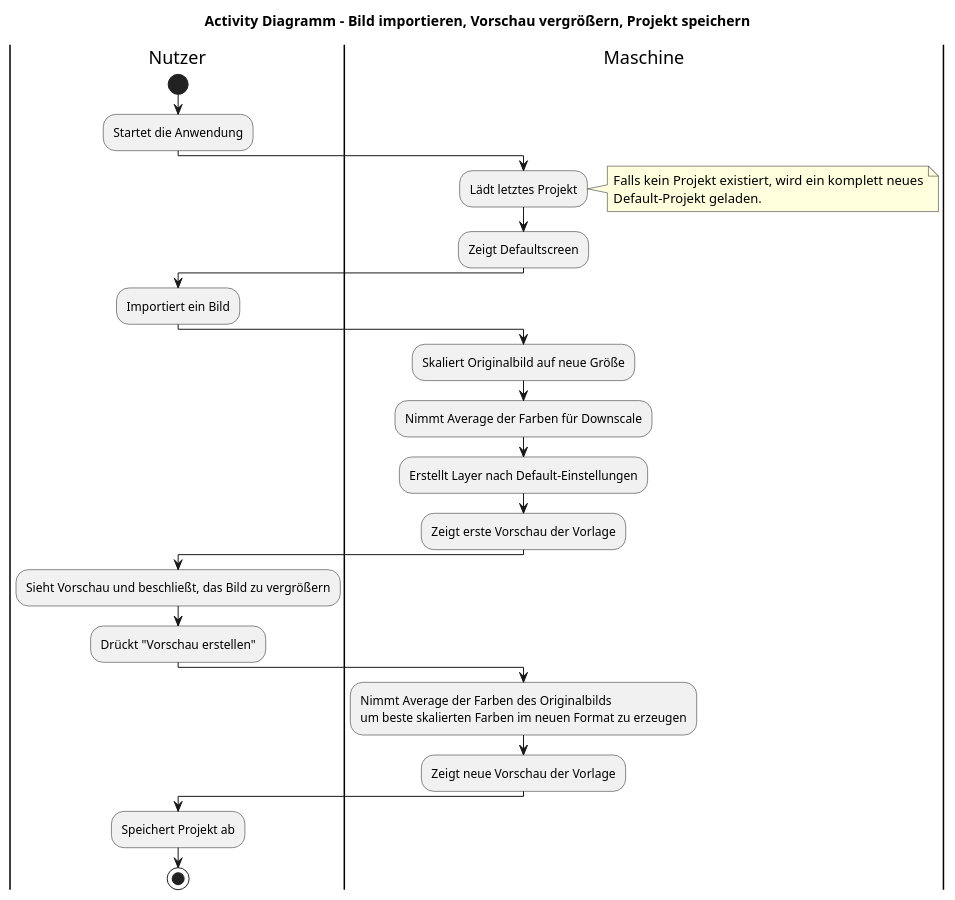
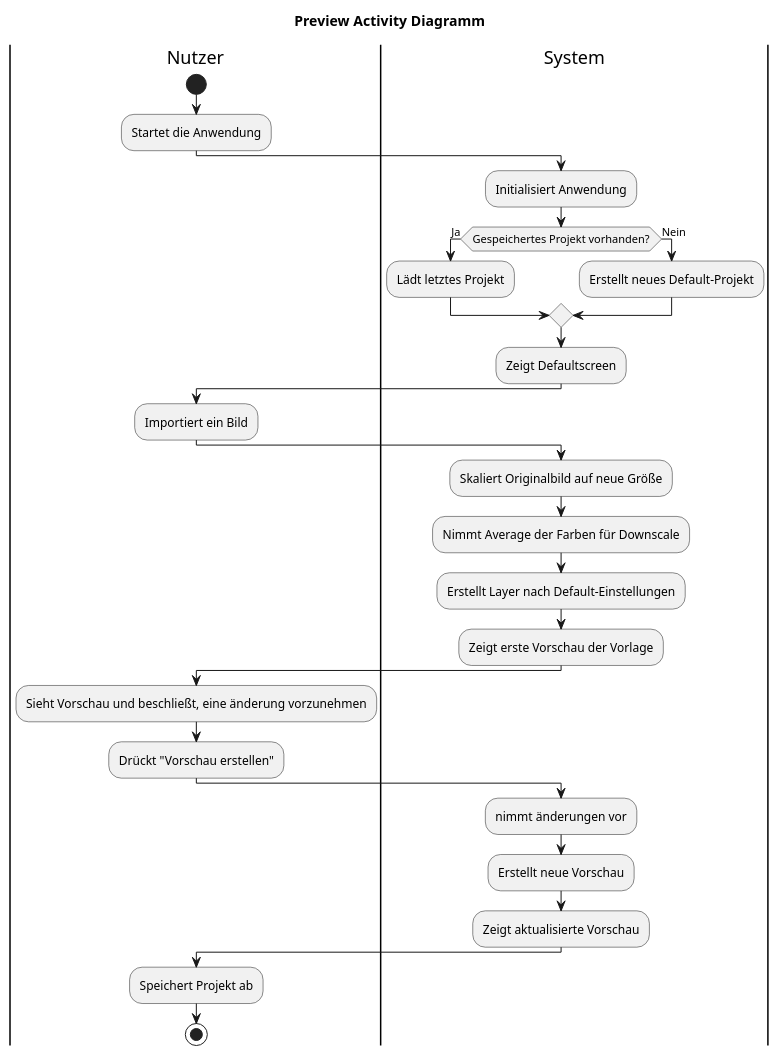
Before and after one commit to Karma-chocolate/SWE-Labor: the diagram in ActivityDiaLayerAnpassen.puml, drawn with PlantUML.

Commit message:
Update ActivityDiaLayerAnpassen.puml
fix

```diff
--- a/ActivityDiaLayerAnpassen.puml
+++ b/ActivityDiaLayerAnpassen.puml
@@ -1,38 +1,39 @@
 @startuml
-title Activity Diagramm – Bild importieren, Vorschau vergrößern, Projekt speichern
+title Preview Activity Diagramm
 
 |Nutzer|
 start
 :Startet die Anwendung;
 
-|Maschine|
-:Lädt letztes Projekt;
-note right
-Falls kein Projekt existiert, wird ein komplett neues
-Default-Projekt geladen.
-end note
+|System|
+:Initialisiert Anwendung;
+if (Gespeichertes Projekt vorhanden?) then (Ja)
+  :Lädt letztes Projekt;
+else (Nein)
+  :Erstellt neues Default-Projekt;
+endif
 :Zeigt Defaultscreen;
 
 |Nutzer|
 :Importiert ein Bild;
 
-|Maschine|
+|System|
 :Skaliert Originalbild auf neue Größe;
 :Nimmt Average der Farben für Downscale;
 :Erstellt Layer nach Default-Einstellungen;
 :Zeigt erste Vorschau der Vorlage;
 
 |Nutzer|
-:Sieht Vorschau und beschließt, das Bild zu vergrößern;
+:Sieht Vorschau und beschließt, eine änderung vorzunehmen;
 :Drückt "Vorschau erstellen";
 
-|Maschine|
-:Nimmt Average der Farben des Originalbilds
-um beste skalierten Farben im neuen Format zu erzeugen;
-:Zeigt neue Vorschau der Vorlage;
+|System|
+:nimmt änderungen vor;
+:Erstellt neue Vorschau;
+:Zeigt aktualisierte Vorschau;
 
 |Nutzer|
 :Speichert Projekt ab;
 stop
 
 @enduml
```
